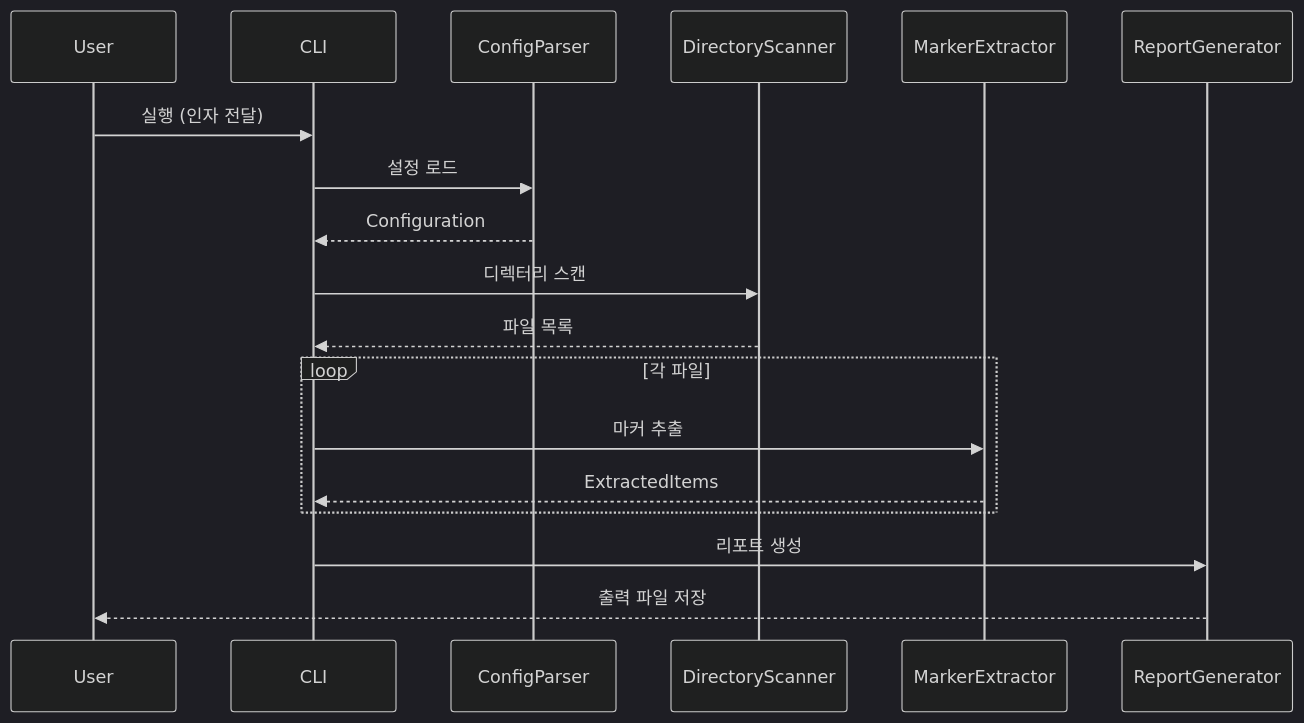
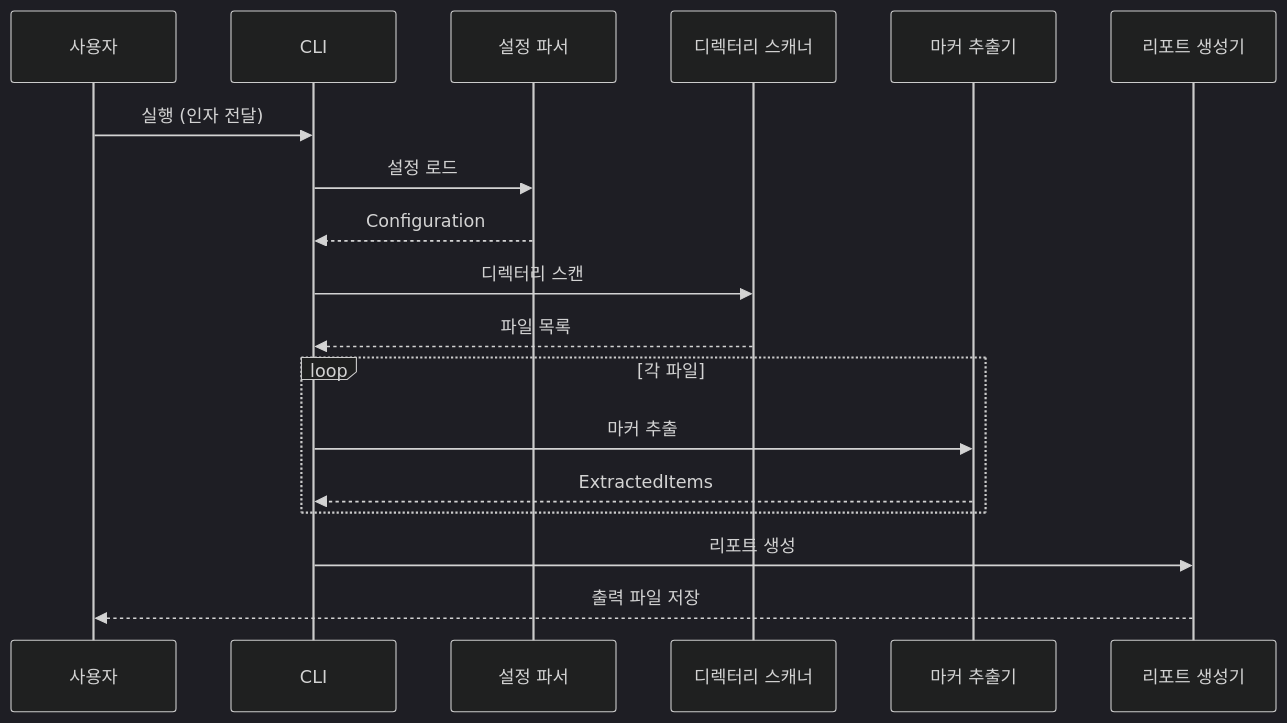
Before and after one commit to SleighMaster99/TODOExtractor: the third of 4 diagrams in docs/architecture.md, drawn with Mermaid (dark theme). The commit also changed other lines of this file and 1 other file, not shown here.

````diff
--- a/docs/architecture.md
+++ b/docs/architecture.md
@@ -224,23 +224,23 @@
 ```mermaid
 sequenceDiagram
-    participant User
+    participant 사용자
     participant CLI
-    participant Config as ConfigParser
-    participant Scanner as DirectoryScanner
-    participant Extractor as MarkerExtractor
-    participant Reporter as ReportGenerator
+    participant Config as 설정 파서
+    participant Scanner as 디렉터리 스캐너
+    participant Extractor as 마커 추출기
+    participant Reporter as 리포트 생성기
 
-    User->>CLI: 실행 (인자 전달)
+    사용자->>CLI: 실행 (인자 전달)
     CLI->>Config: 설정 로드
     Config-->>CLI: Configuration
     CLI->>Scanner: 디렉터리 스캔
     Scanner-->>CLI: 파일 목록
 
     loop 각 파일
         CLI->>Extractor: 마커 추출
         Extractor-->>CLI: ExtractedItems
     end
 
     CLI->>Reporter: 리포트 생성
-    Reporter-->>User: 출력 파일 저장
+    Reporter-->>사용자: 출력 파일 저장
 ```
````
